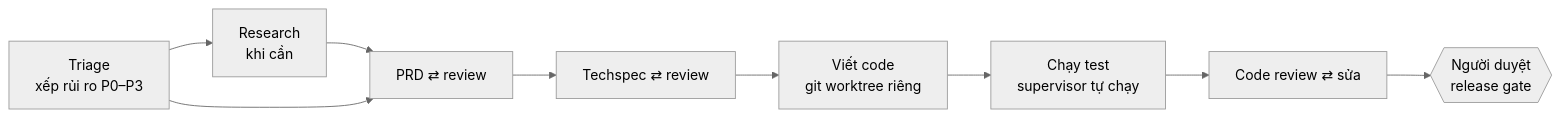
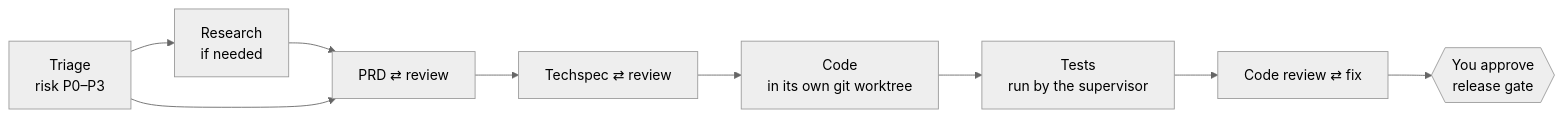
One commit to hoanghuydev/workflow-coding changed the diagram in README.md. Above: the diagram before and after it, drawn with Mermaid (neutral theme). The commit also changed other lines of this file and 2 other files, not shown here.

````diff
--- a/README.md
+++ b/README.md
@@ -9,11 +73,11 @@
 ```mermaid
 flowchart LR
-    T[Triage<br/>xếp rủi ro P0–P3] --> R[Research<br/>khi cần]
+    T[Triage<br/>risk P0–P3] --> R[Research<br/>if needed]
     R --> P[PRD ⇄ review]
     T --> P
     P --> S[Techspec ⇄ review]
-    S --> I[Viết code<br/>git worktree riêng]
-    I --> X[Chạy test<br/>supervisor tự chạy]
-    X --> C[Code review ⇄ sửa]
-    C --> G{{Người duyệt<br/>release gate}}
+    S --> I[Code<br/>in its own git worktree]
+    I --> X[Tests<br/>run by the supervisor]
+    X --> C[Code review ⇄ fix]
+    C --> G{{You approve<br/>release gate}}
 ```
````
